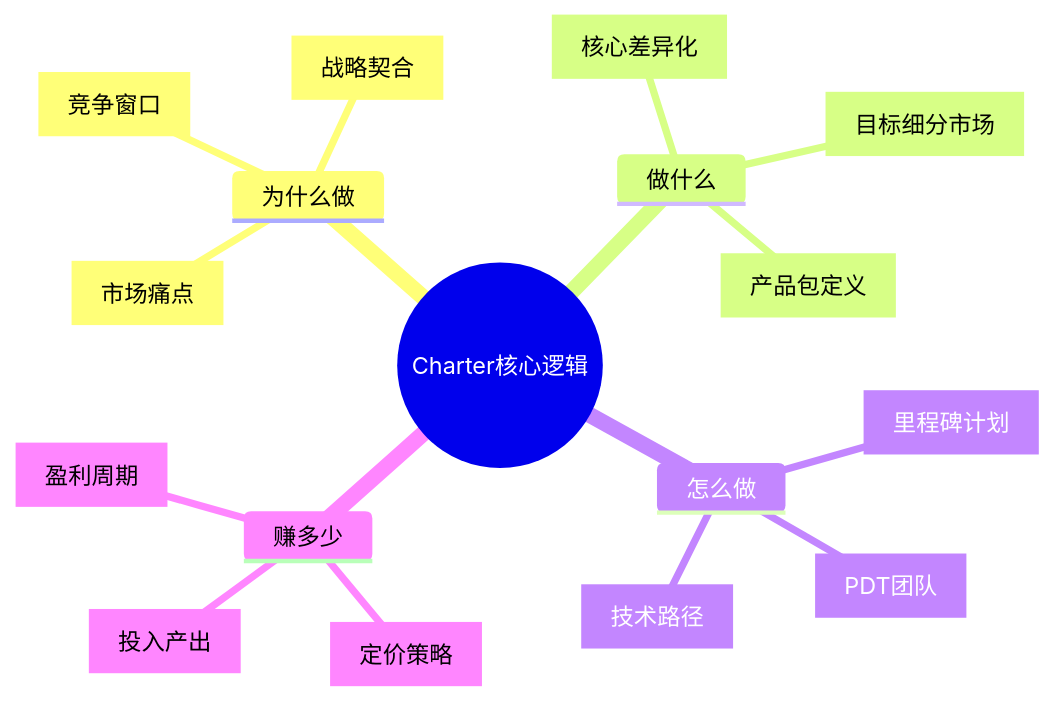
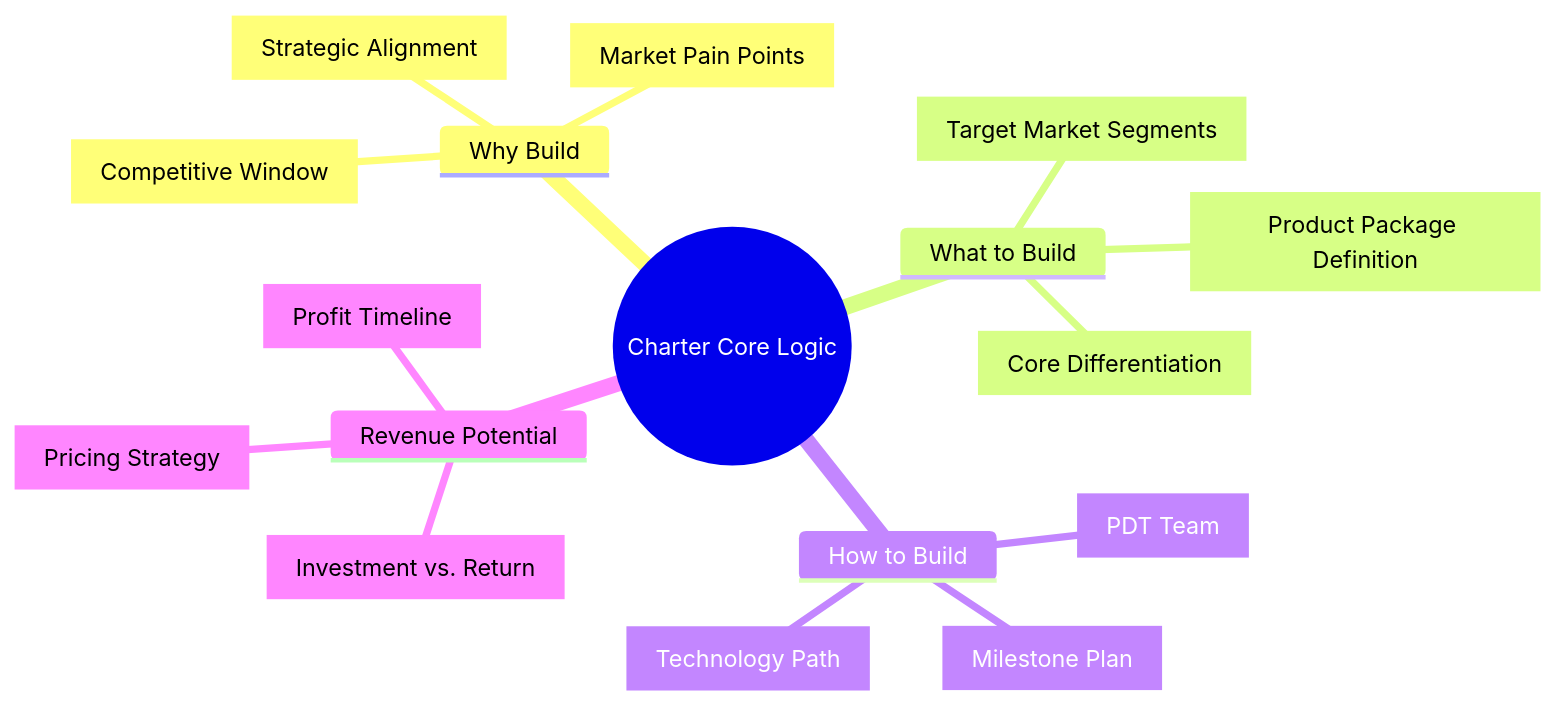
One commit to Kirky-X/cangjie changed the first of 11 diagrams in templates/产品/战略层/【模板】项目任务书.md. Above: the diagram before and after it, drawn with Mermaid. The commit also changed other lines of this file and 60 other files, not shown here.

````diff
--- a/templates/产品/战略层/【模板】项目任务书.md
+++ b/templates/产品/战略层/【模板】项目任务书.md
@@ -66,20 +66,20 @@
 ```mermaid
 mindmap
-  root((Charter核心逻辑))
-    为什么做
-      [市场痛点]
-      [战略契合]
-      [竞争窗口]
-    做什么
-      [产品包定义]
-      [目标细分市场]
-      [核心差异化]
-    怎么做
-      [里程碑计划]
-      [PDT团队]
-      [技术路径]
-    赚多少
-      [投入产出]
-      [定价策略]
-      [盈利周期]
+  root((Charter Core Logic))
+    Why Build
+      [Market Pain Points]
+      [Strategic Alignment]
+      [Competitive Window]
+    What to Build
+      [Product Package Definition]
+      [Target Market Segments]
+      [Core Differentiation]
+    How to Build
+      [Milestone Plan]
+      [PDT Team]
+      [Technology Path]
+    Revenue Potential
+      [Investment vs. Return]
+      [Pricing Strategy]
+      [Profit Timeline]
 ```
````
